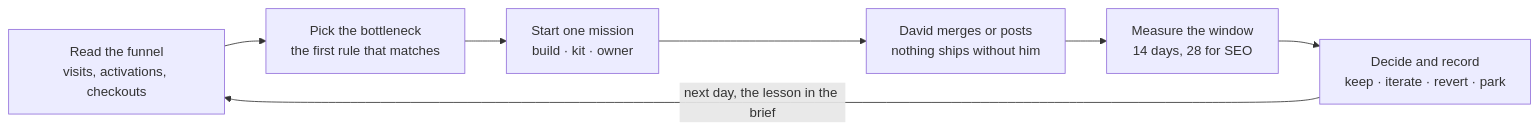
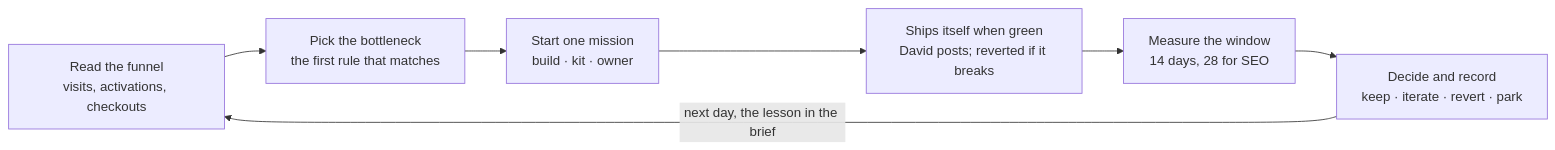
One commit to smithdavedesign/Github-HQ changed the diagram in docs/growth-loop-prd.md. Above: the diagram before and after it, drawn with Mermaid. The commit also changed other lines of this file and 30 other files, not shown here.

````diff
--- a/docs/growth-loop-prd.md
+++ b/docs/growth-loop-prd.md
@@ -40,9 +40,9 @@
 ```mermaid
 flowchart LR
   A["Read the funnel<br/>visits, activations, checkouts"] --> B["Pick the bottleneck<br/>the first rule that matches"]
   B --> C["Start one mission<br/>build · kit · owner"]
-  C --> D["David merges or posts<br/>nothing ships without him"]
+  C --> D["Ships itself when green<br/>David posts; reverted if it breaks"]
   D --> E["Measure the window<br/>14 days, 28 for SEO"]
   E --> F["Decide and record<br/>keep · iterate · revert · park"]
   F -->|"next day, the lesson in the brief"| A
 ```
````
